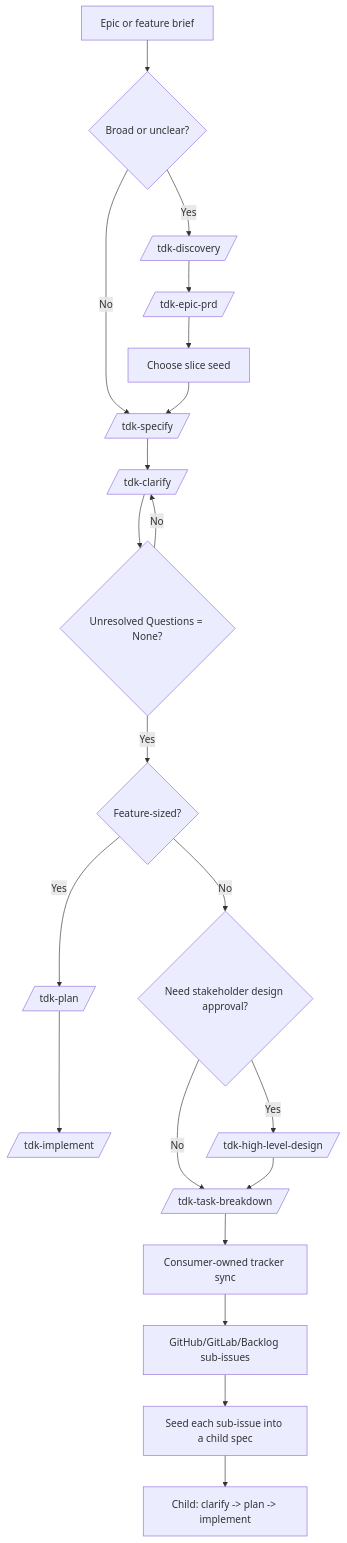
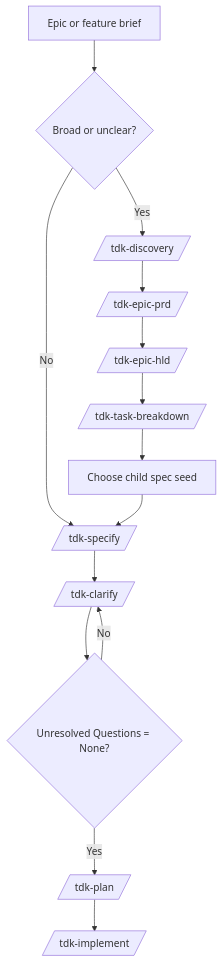
Before and after one commit to vinhltt/tdk: the diagram in .specify/docs/en/guides/epic-start-guide.md, drawn with Mermaid. The commit also changed other lines of this file and 58 other files, not shown here.

````diff
--- a/.specify/docs/en/guides/epic-start-guide.md
+++ b/.specify/docs/en/guides/epic-start-guide.md
@@ -71,23 +72,16 @@
 ```mermaid
 flowchart TD
     A[Epic or feature brief] --> B{Broad or unclear?}
     B -->|Yes| C[/tdk-discovery/]
     B -->|No| D[/tdk-specify/]
     C --> R[/tdk-epic-prd/]
-    R --> X[Choose slice seed]
+    R --> H[/tdk-epic-hld/]
+    H --> I[/tdk-task-breakdown/]
+    I --> X[Choose child spec seed]
     X --> D
     D --> E[/tdk-clarify/]
     E --> F{Unresolved Questions = None?}
     F -->|No| E
-    F -->|Yes| S{Feature-sized?}
-    S -->|Yes| P[/tdk-plan/]
+    F -->|Yes| P[/tdk-plan/]
     P --> Q[/tdk-implement/]
-    S -->|No| G{Need stakeholder design approval?}
-    G -->|Yes| H[/tdk-high-level-design/]
-    G -->|No| I[/tdk-task-breakdown/]
-    H --> I
-    I --> J[Consumer-owned tracker sync]
-    J --> K[GitHub/GitLab/Backlog sub-issues]
-    K --> L[Seed each sub-issue into a child spec]
-    L --> M[Child: clarify -> plan -> implement]
 ```
````
